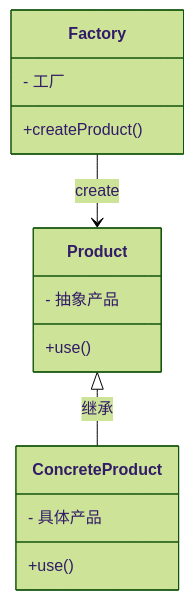
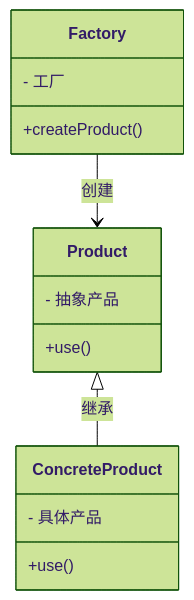
Before and after one commit to wulusai2333/java_jvm: the first of 23 diagrams in src/net/wulusai/designpattern/设计模式.md, drawn with Mermaid (forest theme). The commit also changed other lines of this file, not shown here.

````diff
--- a/src/net/wulusai/designpattern/设计模式.md
+++ b/src/net/wulusai/designpattern/设计模式.md
@@ -15,17 +15,17 @@
 ```mermaid
 classDiagram
     class Product {
         - 抽象产品
         +use()
     }
     class ConcreteProduct {
         - 具体产品
         +use()
     }
     class Factory {
         - 工厂
         +createProduct()
     }
     Product <|-- ConcreteProduct : 继承
-    Factory --> Product : create
+    Factory --> Product : 创建
 ```    
````
